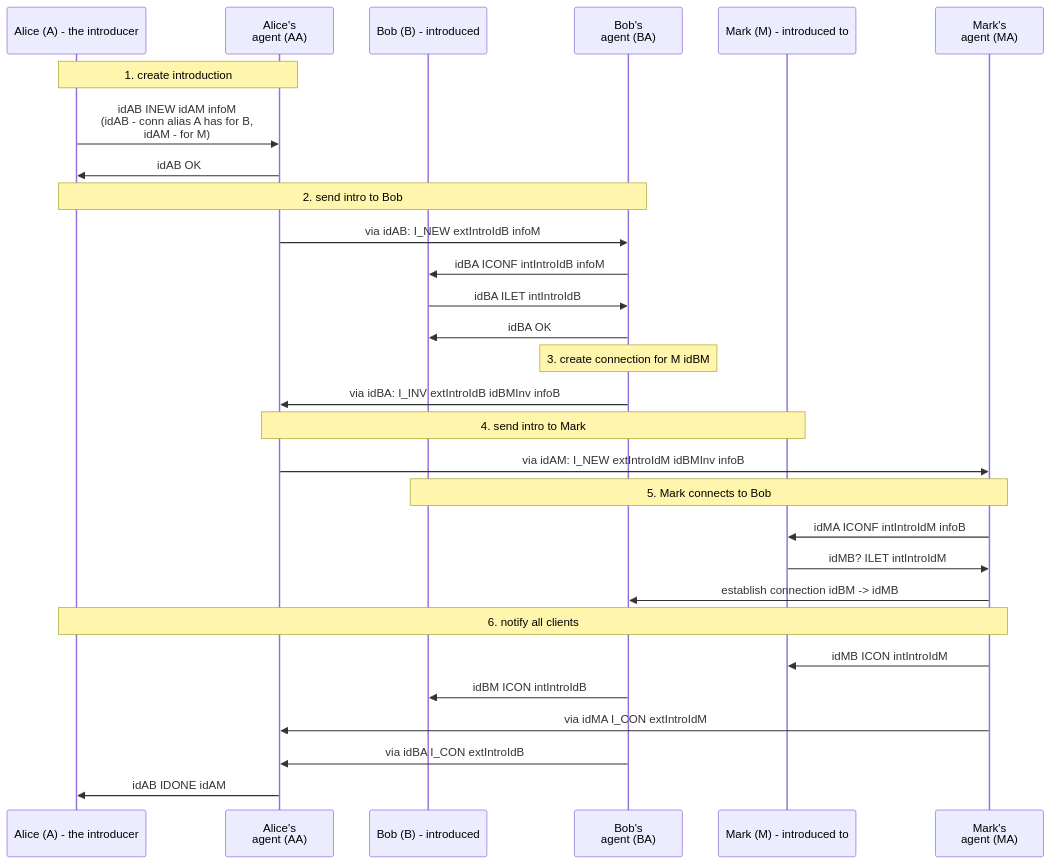
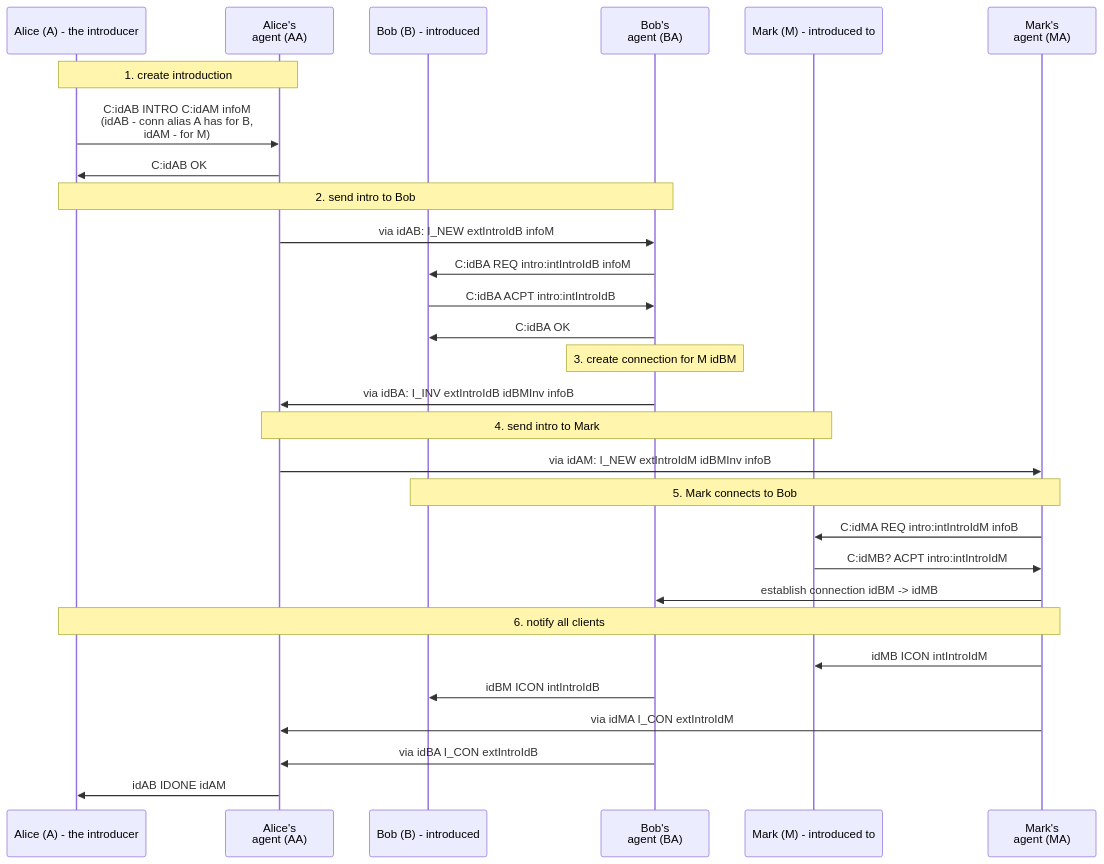
Before and after one commit to simplex-chat/simplexmq: the diagram in rfcs/intro.mmd, drawn with Mermaid. The commit also changed 4 other files, not shown here.

```diff
--- a/rfcs/intro.mmd
+++ b/rfcs/intro.mmd
@@ -1,41 +1,41 @@
 sequenceDiagram
   participant A as Alice (A) - the introducer
   participant AA as Alice's<br>agent (AA)
   participant B as Bob (B) - introduced
   participant BA as Bob's<br>agent (BA)
   participant M as Mark (M) - introduced to
   participant MA as Mark's<br>agent (MA)
 
   note over A, AA: 1. create introduction
-  A ->> AA: idAB INEW idAM infoM<br>(idAB - conn alias A has for B,<br>idAM - for M)
-  AA ->> A: idAB OK
+  A ->> AA: C:idAB INTRO C:idAM infoM<br>(idAB - conn alias A has for B,<br>idAM - for M)
+  AA ->> A: C:idAB OK
 
   note over A, BA: 2. send intro to Bob
 
-  AA ->> BA: via idAB: I_NEW extIntroIdB  infoM
-  BA ->> B: idBA ICONF intIntroIdB infoM
-  B ->> BA: idBA ILET intIntroIdB
-  BA ->> B: idBA OK
+  AA ->> BA: via idAB: I_NEW extIntroIdB infoM
+  BA ->> B: C:idBA REQ intro:intIntroIdB infoM
+  B ->> BA: C:idBA ACPT intro:intIntroIdB
+  BA ->> B: C:idBA OK
 
   note over BA: 3. create connection for  M idBM
 
   BA ->> AA: via idBA: I_INV extIntroIdB idBMInv infoB
 
   note over AA, M: 4. send intro to Mark
 
   AA ->> MA: via idAM: I_NEW extIntroIdM idBMInv infoB
 
   note over MA, B: 5. Mark connects to Bob
 
-  MA ->> M: idMA ICONF intIntroIdM infoB
-  M ->> MA: idMB? ILET intIntroIdM
+  MA ->> M: C:idMA REQ intro:intIntroIdM infoB
+  M ->> MA: C:idMB? ACPT intro:intIntroIdM
 
   MA ->> BA:  establish connection idBM -> idMB
 
   note over A, MA: 6. notify all clients
 
   MA ->> M: idMB ICON intIntroIdM
   BA ->> B: idBM ICON intIntroIdB
   MA ->> AA: via idMA I_CON extIntroIdM
   BA ->> AA: via idBA I_CON extIntroIdB
   AA ->> A: idAB IDONE idAM
```
